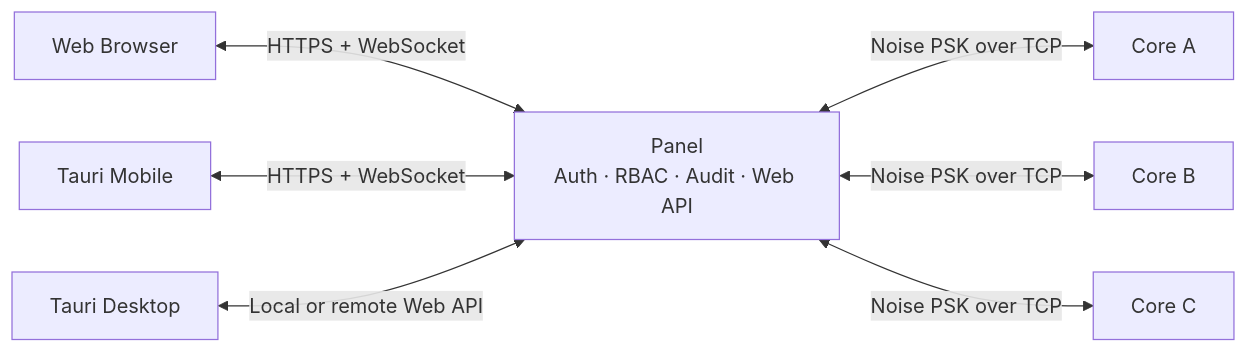
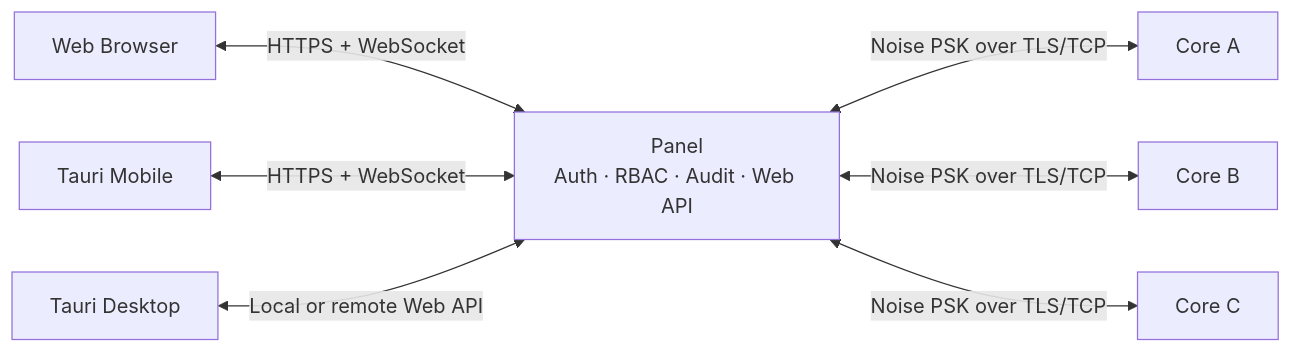
Before and after one commit to Gu-ZT/MinecraftNexusPanel: the first of 3 diagrams in PLAN.md, drawn with Mermaid. The commit also changed other lines of this file and 36 other files, not shown here.

First line of the commit message:
feat: 增加 Core TLS 通信与终端实时游标

````diff
--- a/PLAN.md
+++ b/PLAN.md
@@ -20,16 +20,16 @@
 ```mermaid
 flowchart LR
     Browser["Web Browser"]
     Mobile["Tauri Mobile"]
     Desktop["Tauri Desktop"]
     Panel["Panel<br/>Auth · RBAC · Audit · Web API"]
     CoreA["Core A"]
     CoreB["Core B"]
     CoreC["Core C"]
     Browser <-->|HTTPS + WebSocket| Panel
     Mobile <-->|HTTPS + WebSocket| Panel
     Desktop <-->|Local or remote Web API| Panel
-    Panel <-->|Noise PSK over TCP| CoreA
-    Panel <-->|Noise PSK over TCP| CoreB
-    Panel <-->|Noise PSK over TCP| CoreC
+    Panel <-->|Noise PSK over TLS/TCP| CoreA
+    Panel <-->|Noise PSK over TLS/TCP| CoreB
+    Panel <-->|Noise PSK over TLS/TCP| CoreC
 ```
````
